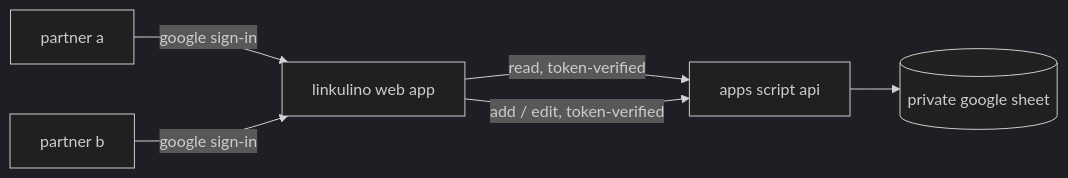
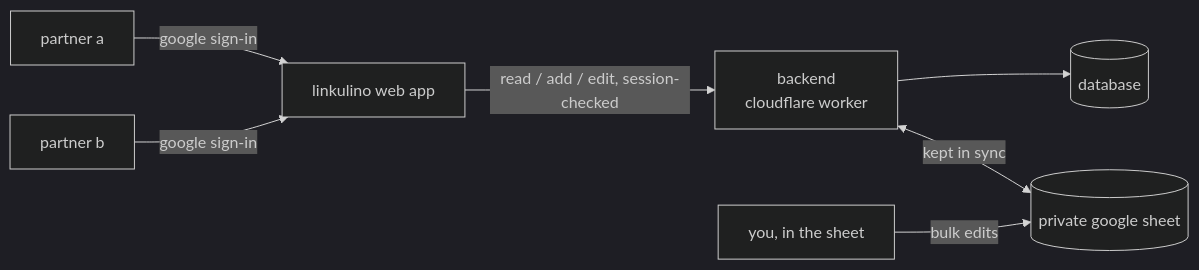
The diagram in README.md (leandroestrella/linkulino), drawn with Mermaid before and after one commit. The commit also changed other lines of this file and 4 other files, not shown here.

Commit message:
docs: the three readmes, the deployment guide and the translations guide for the app as it is on the worker backend: how it works, the stack, running your own instance, the two environments, shipping backend changes, and where the languages and shared strings now come from (LNDR-272)

````diff
--- a/README.md
+++ b/README.md
@@ -15,9 +15,10 @@
 ```mermaid
 %%{init: {'theme': 'dark'}}%%
 flowchart LR
     A[partner a] -->|google sign-in| SPA[linkulino web app]
     B[partner b] -->|google sign-in| SPA
-    SPA -->|read, token-verified| GAS[apps script api]
-    SPA -->|add / edit, token-verified| GAS
-    GAS --> SHEET[(private google sheet)]
+    SPA -->|read / add / edit, session-checked| API[backend<br/>cloudflare worker]
+    API --> DB[(database)]
+    API <-->|kept in sync| SHEET[(private google sheet)]
+    YOU[you, in the sheet] -->|bulk edits| SHEET
 ```
````
